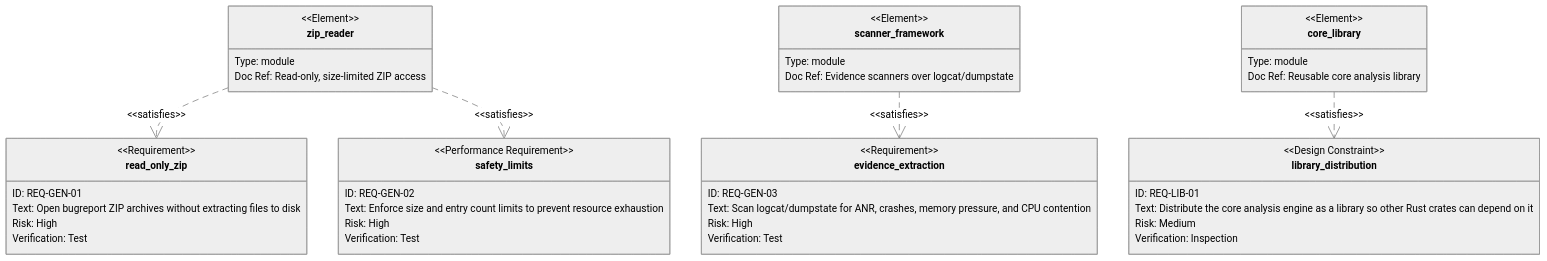
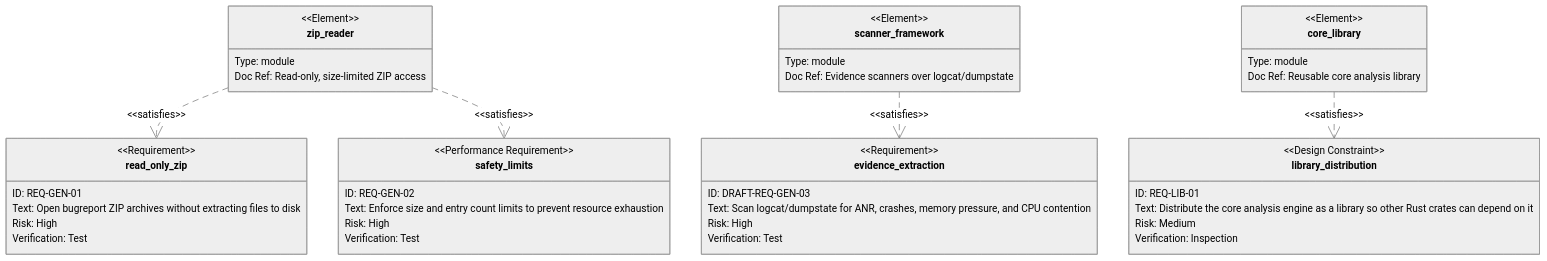
The first of 6 diagrams in docs/requirement-diagram.md (khoa-io/adb-bugreport-insight), drawn with Mermaid (neutral theme) before and after one commit. The commit also changed other lines of this file and 44 other files, not shown here.

````diff
--- a/docs/requirement-diagram.md
+++ b/docs/requirement-diagram.md
@@ -13,53 +26,53 @@
 ```mermaid
 requirementDiagram
 
     direction TB
 
     element zip_reader {
         type: "module"
         docRef: "Read-only, size-limited ZIP access"
     }
 
     element scanner_framework {
         type: "module"
         docRef: "Evidence scanners over logcat/dumpstate"
     }
 
     element core_library {
         type: "module"
         docRef: "Reusable core analysis library"
     }
 
     requirement read_only_zip {
         id: "REQ-GEN-01"
         text: "Open bugreport ZIP archives without extracting files to disk"
         risk: high
         verifymethod: test
     }
 
     performanceRequirement safety_limits {
         id: "REQ-GEN-02"
         text: "Enforce size and entry count limits to prevent resource exhaustion"
         risk: high
         verifymethod: test
     }
 
     requirement evidence_extraction {
-        id: "REQ-GEN-03"
+        id: "DRAFT-REQ-GEN-03"
         text: "Scan logcat/dumpstate for ANR, crashes, memory pressure, and CPU contention"
         risk: high
         verifymethod: test
     }
 
     designConstraint library_distribution {
         id: "REQ-LIB-01"
         text: "Distribute the core analysis engine as a library so other Rust crates can depend on it"
         risk: medium
         verifymethod: inspection
     }
 
     zip_reader - satisfies -> read_only_zip
     zip_reader - satisfies -> safety_limits
     scanner_framework - satisfies -> evidence_extraction
     core_library - satisfies -> library_distribution
 ```
````
